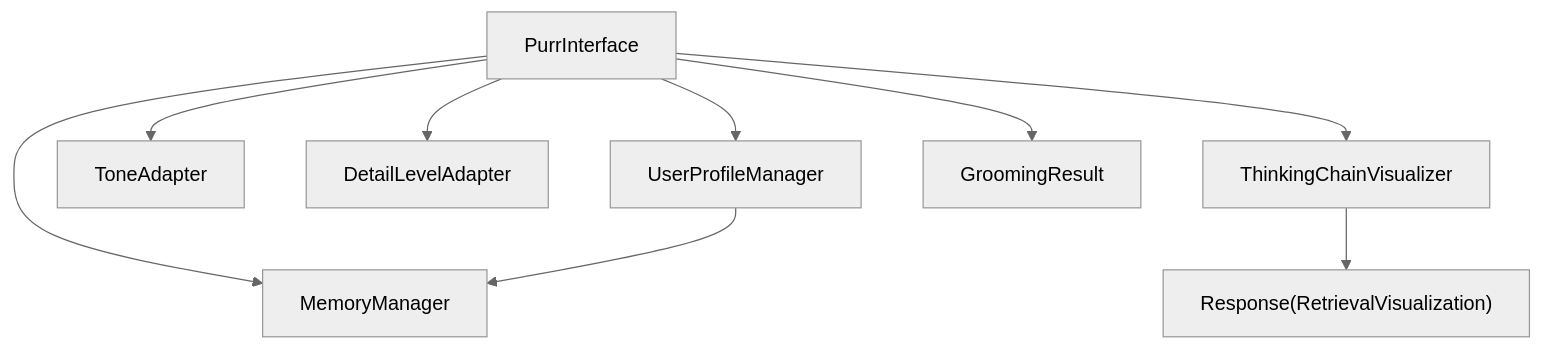
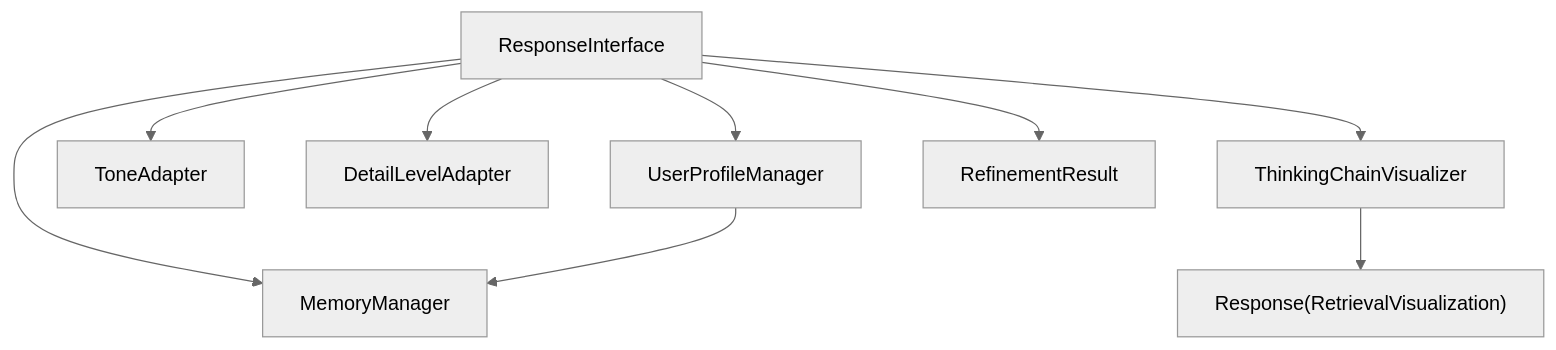
One commit to JieGaoPrinceton/NecoRAG changed the ninth of 9 diagrams in .qoder/repowiki/zh/content/核心模块详解/Purr Interface - 交互层/Purr Interface - 交互层.md. Above: the diagram before and after it, drawn with Mermaid (neutral theme). The commit also changed other lines of this file and 23 other files, not shown here.

````diff
--- a/.qoder/repowiki/zh/content/核心模块详解/Purr Interface - 交互层/Purr Interface - 交互层.md
+++ b/.qoder/repowiki/zh/content/核心模块详解/Purr Interface - 交互层/Purr Interface - 交互层.md
@@ -340,11 +358,11 @@
 ```mermaid
 graph TB
-PI["PurrInterface"] --> PM["UserProfileManager"]
-PI --> TA["ToneAdapter"]
-PI --> DA["DetailLevelAdapter"]
-PI --> TV["ThinkingChainVisualizer"]
-PI --> MM["MemoryManager"]
-PI --> GR["GroomingResult"]
+RI["ResponseInterface"] --> PM["UserProfileManager"]
+RI --> TA["ToneAdapter"]
+RI --> DA["DetailLevelAdapter"]
+RI --> TV["ThinkingChainVisualizer"]
+RI --> MM["MemoryManager"]
+RI --> RR["RefinementResult"]
 PM --> MM
 TV --> RESP["Response(RetrievalVisualization)"]
 ```
````
